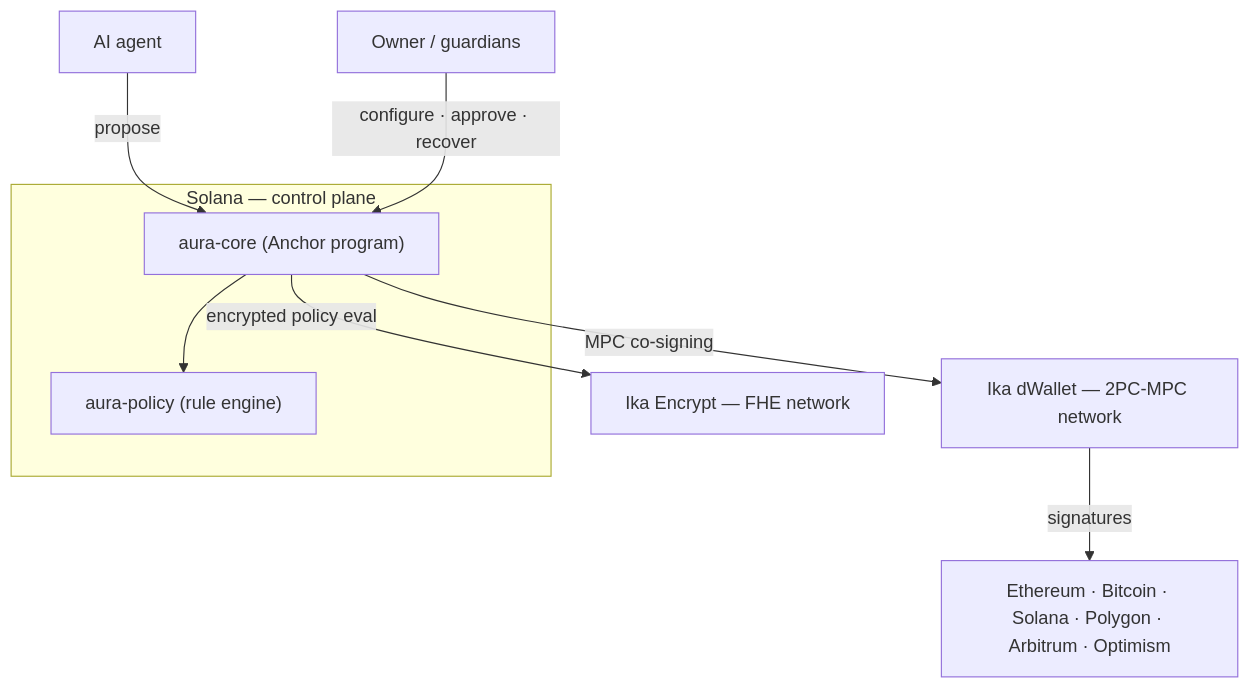
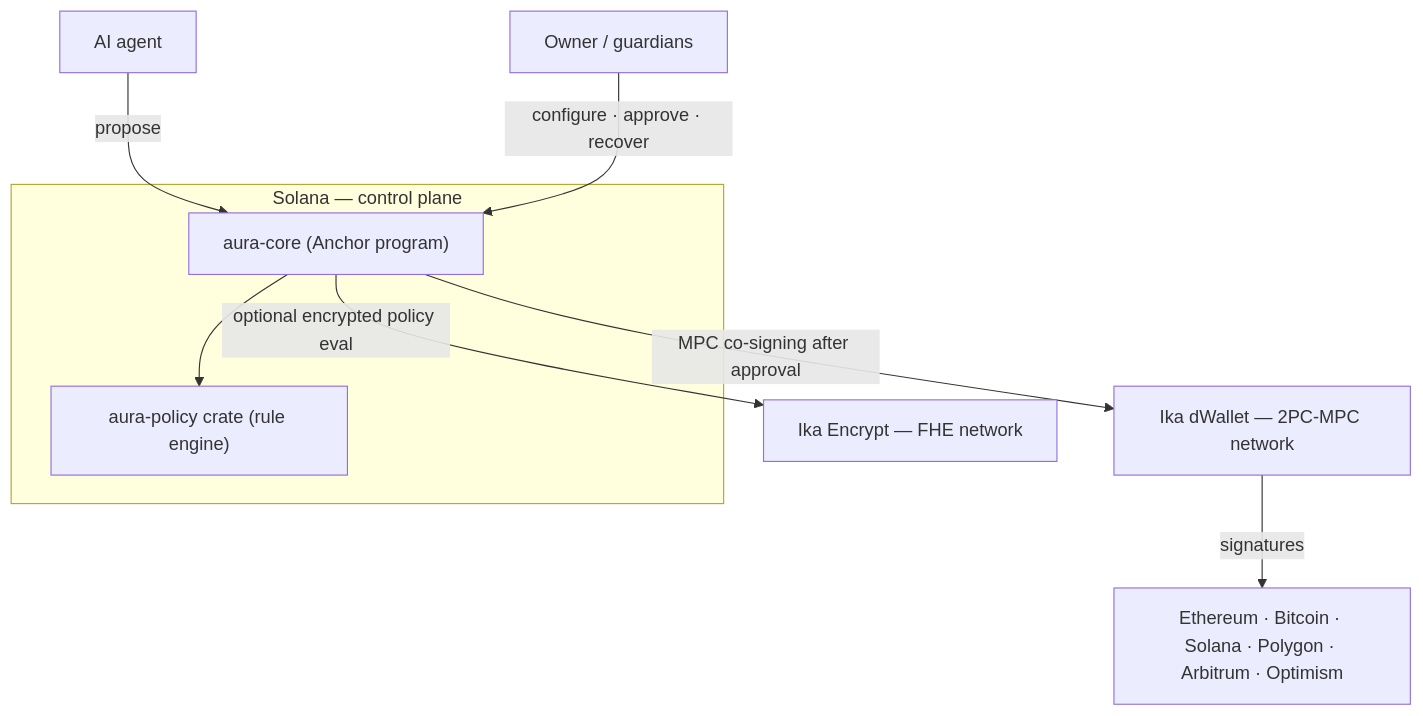
Before and after one commit to exyreams/aura: the first of 2 diagrams in packages/docs/content/program/index.mdx, drawn with Mermaid. The commit also changed other lines of this file and 36 other files, not shown here.

````diff
--- a/packages/docs/content/program/index.mdx
+++ b/packages/docs/content/program/index.mdx
@@ -35,13 +35,13 @@
 ```mermaid
 flowchart TB
   Agent["AI agent"] -->|propose| Core
   Owner["Owner / guardians"] -->|configure · approve · recover| Core
   subgraph Solana["Solana — control plane"]
     Core["aura-core (Anchor program)"]
-    Policy["aura-policy (rule engine)"]
+    Policy["aura-policy crate (rule engine)"]
     Core --> Policy
   end
-  Core -->|encrypted policy eval| Encrypt["Ika Encrypt — FHE network"]
-  Core -->|MPC co-signing| DWallet["Ika dWallet — 2PC-MPC network"]
+  Core -->|optional encrypted policy eval| Encrypt["Ika Encrypt — FHE network"]
+  Core -->|MPC co-signing after approval| DWallet["Ika dWallet — 2PC-MPC network"]
   DWallet -->|signatures| Chains["Ethereum · Bitcoin · Solana · Polygon · Arbitrum · Optimism"]
 ```
````
